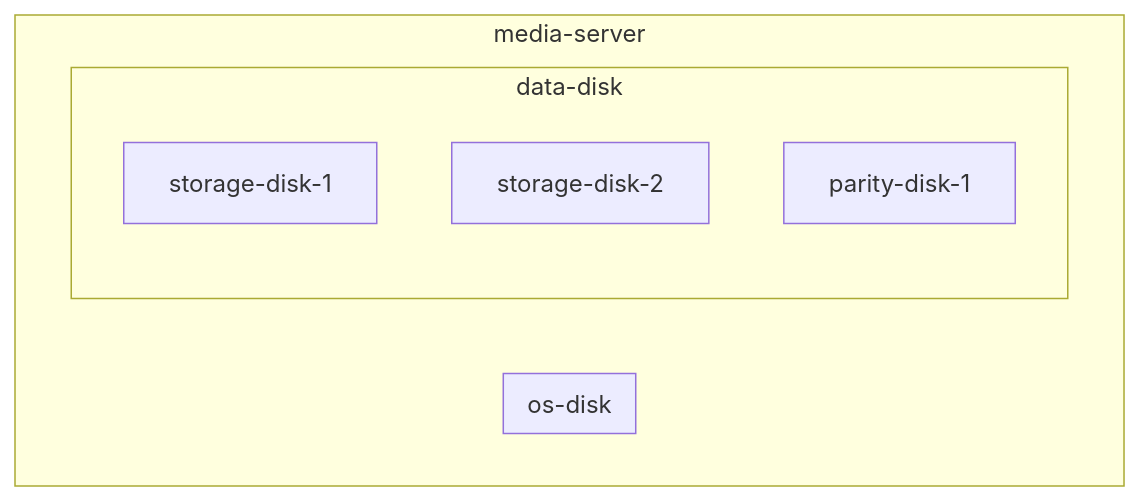
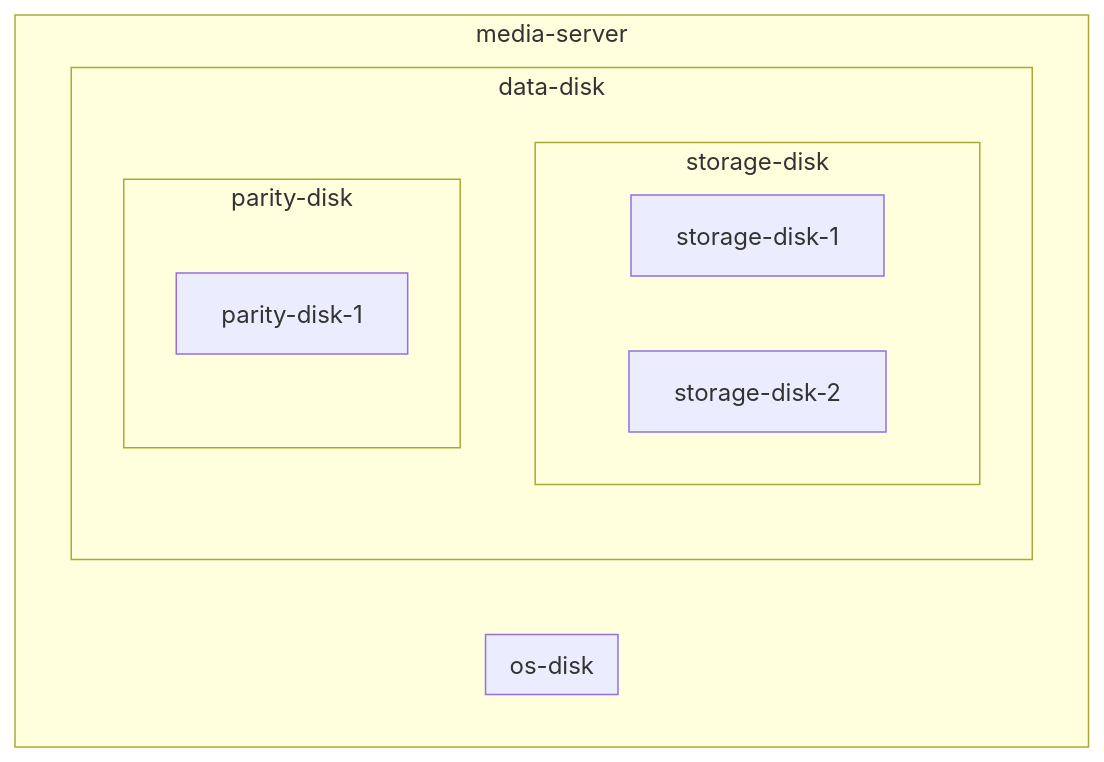
One commit to zephyros-dev/media-server changed the second of 2 diagrams in README.md. Above: the diagram before and after it, drawn with Mermaid.

````diff
--- a/README.md
+++ b/README.md
@@ -30,12 +30,16 @@
 ```mermaid
 flowchart
   subgraph media-server
     subgraph os-disk
     end
     subgraph data-disk
+      subgraph storage-disk
       storage-disk-1
       storage-disk-2
+      end
+      subgraph parity-disk
       parity-disk-1
+      end
     end
   end
 ```
````
